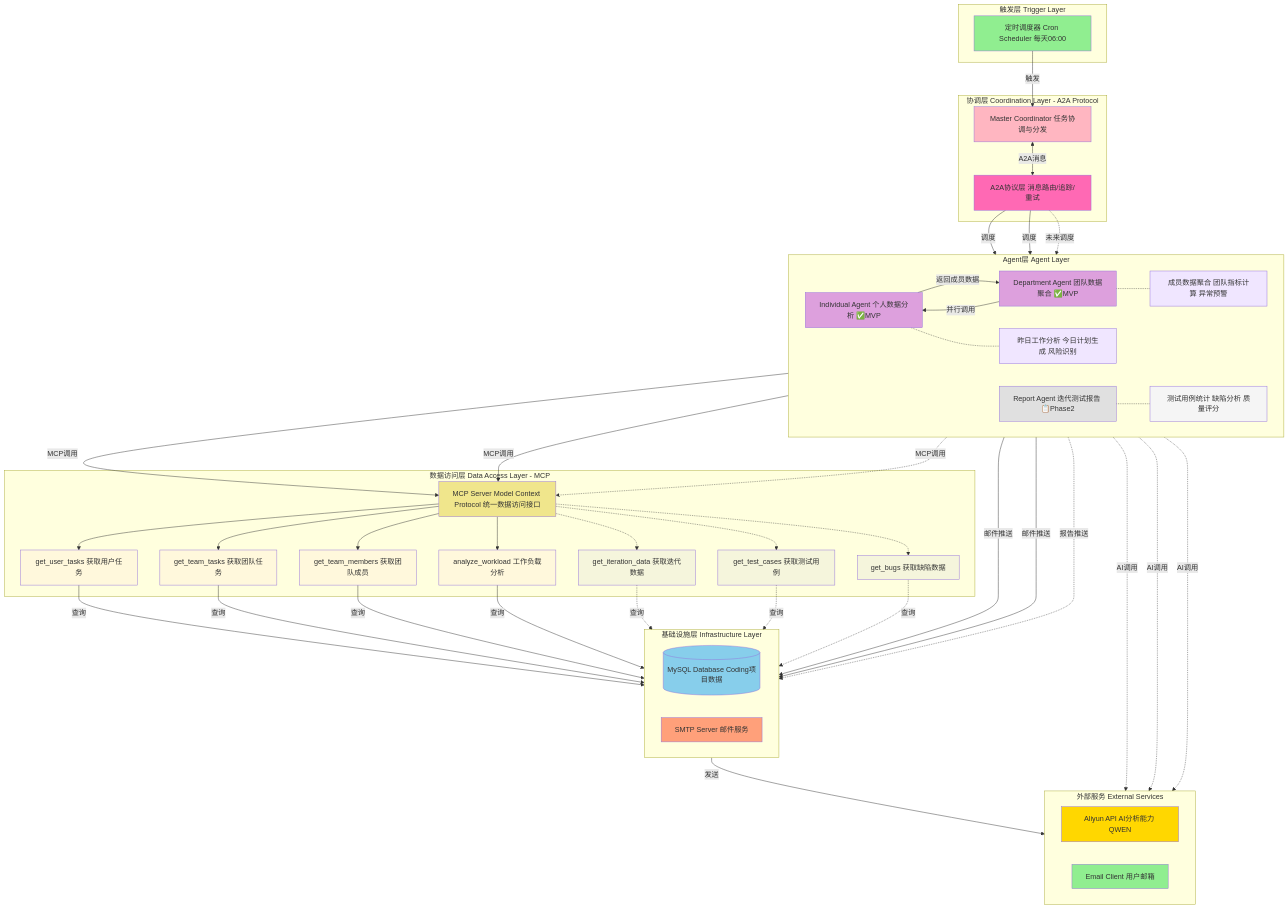
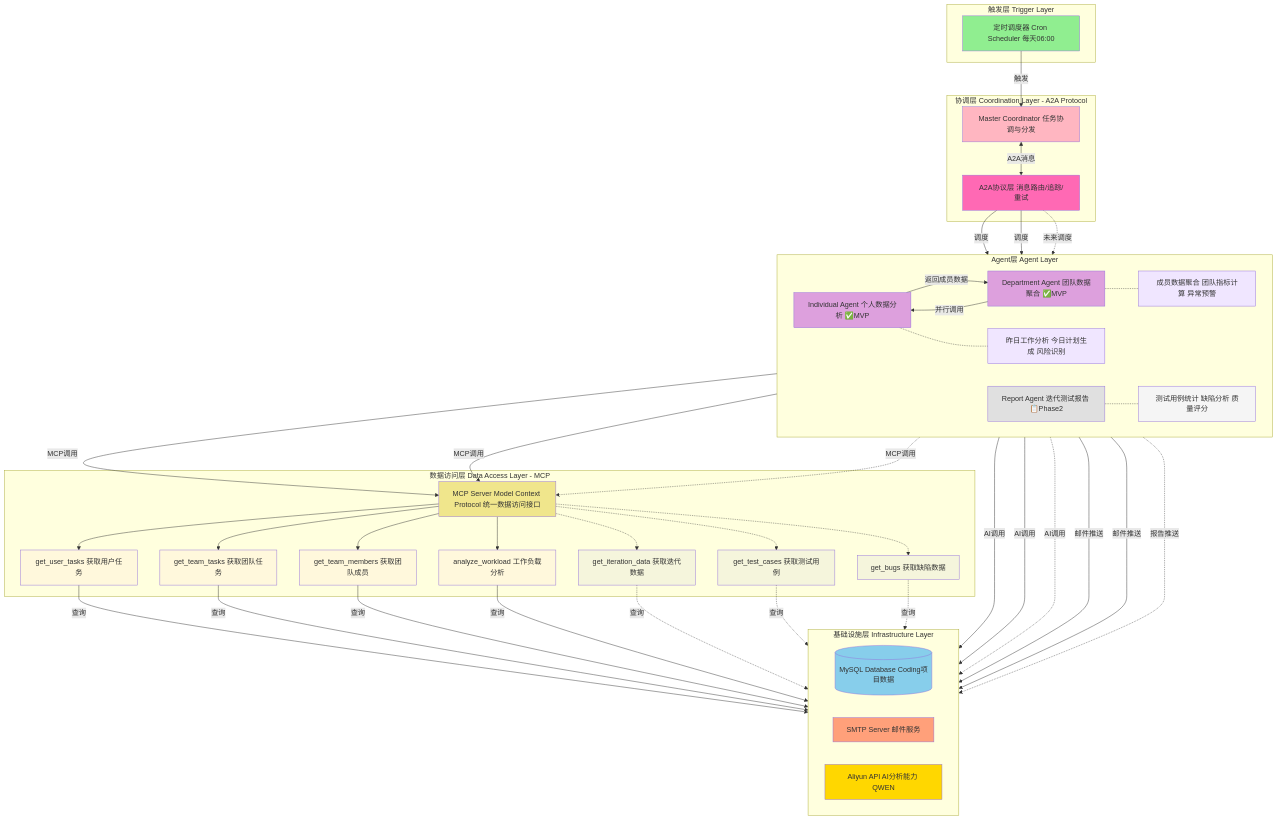
Before and after one commit to mrzhangmian/neturl: the second of 10 diagrams in t.md, drawn with Mermaid.

````diff
--- a/t.md
+++ b/t.md
@@ -84,12 +84,7 @@
         direction LR
         DB[(MySQL Database Coding项目数据)]
         SMTP[SMTP Server 邮件服务]
-    end
-
-    subgraph External["外部服务 External Services"]
-        direction LR
         QWEN[Aliyun API AI分析能力 QWEN]
-        EmailClient[Email Client 用户邮箱]
     end
 
     Cron -->|触发| Master
@@ -112,12 +107,13 @@
     T1 & T2 & T3 & T4 -->|查询| DB
     T5 & T6 & T7 -.->|查询| DB
 
-    IA & DA & RA -.->|AI调用| QWEN
+    IA -->|AI调用| QWEN
+    DA -->|AI调用| QWEN
+    RA -.->|AI调用| QWEN
 
-    IA & DA -->|邮件推送| SMTP
+    IA -->|邮件推送| SMTP
+    DA -->|邮件推送| SMTP
     RA -.->|报告推送| SMTP
-
-    SMTP -->|发送| EmailClient
 
     IA -.- IA_Cap
     DA -.- DA_Cap
@@ -143,5 +139,4 @@
     style DB fill:#87CEEB
     style SMTP fill:#FFA07A
     style QWEN fill:#FFD700
-    style EmailClient fill:#90EE90
 ```
````
